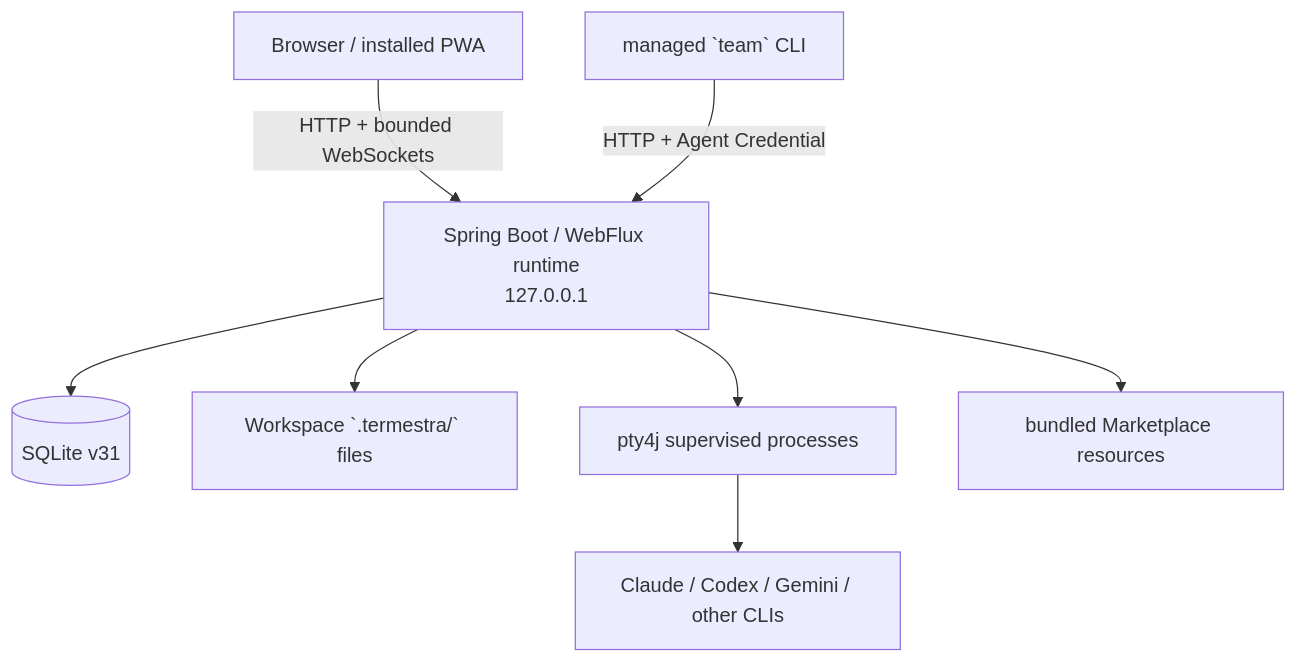
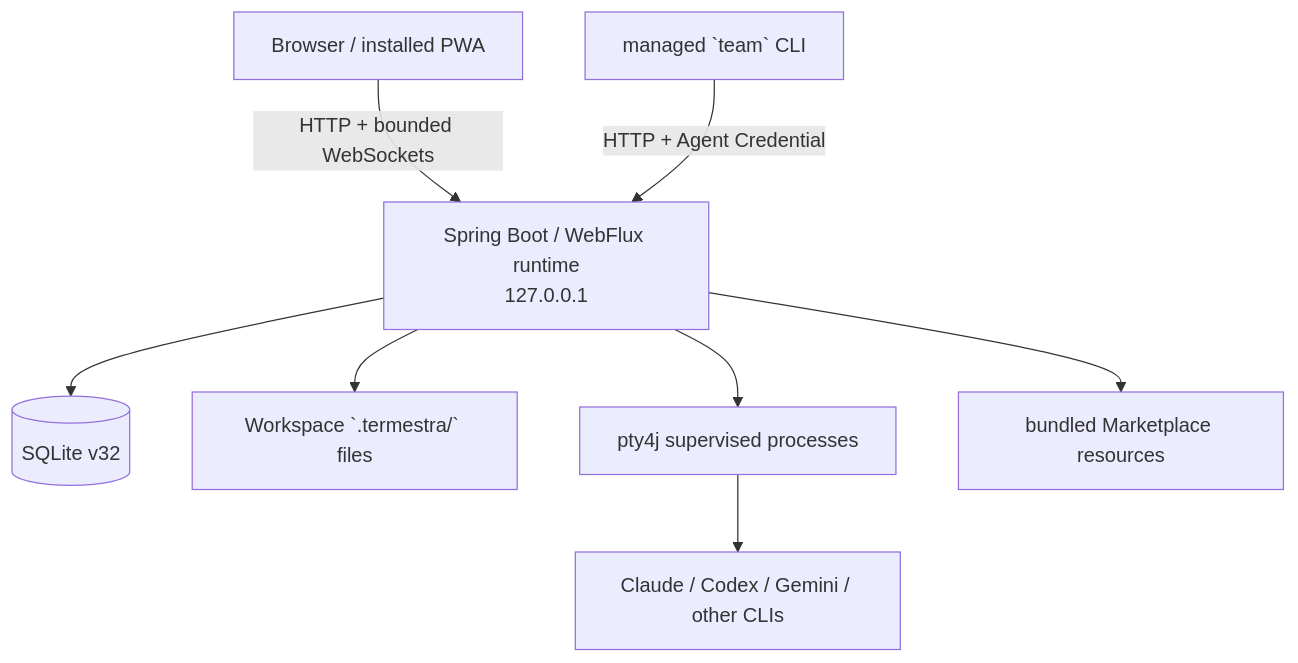
The first of 2 diagrams in docs/architecture/overview.md (sunsunsun-java/termestra), drawn with Mermaid before and after one commit. The commit also changed other lines of this file and 33 other files, not shown here.

````diff
--- a/docs/architecture/overview.md
+++ b/docs/architecture/overview.md
@@ -12,19 +12,19 @@
 ```mermaid
 flowchart TB
     Browser["Browser / installed PWA"]
     CLI["managed `team` CLI"]
     Runtime["Spring Boot / WebFlux runtime\n127.0.0.1"]
-    SQLite[("SQLite v31")]
+    SQLite[("SQLite v32")]
     Files["Workspace `.termestra/` files"]
     PTY["pty4j supervised processes"]
     Providers["Claude / Codex / Gemini / other CLIs"]
     Bundle["bundled Marketplace resources"]
 
     Browser -->|"HTTP + bounded WebSockets"| Runtime
     CLI -->|"HTTP + Agent Credential"| Runtime
     Runtime --> SQLite
     Runtime --> Files
     Runtime --> PTY
     PTY --> Providers
     Runtime --> Bundle
 ```
````
